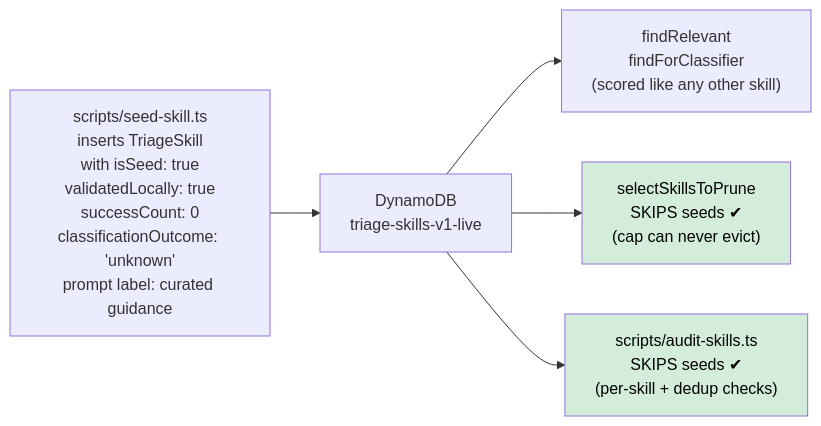
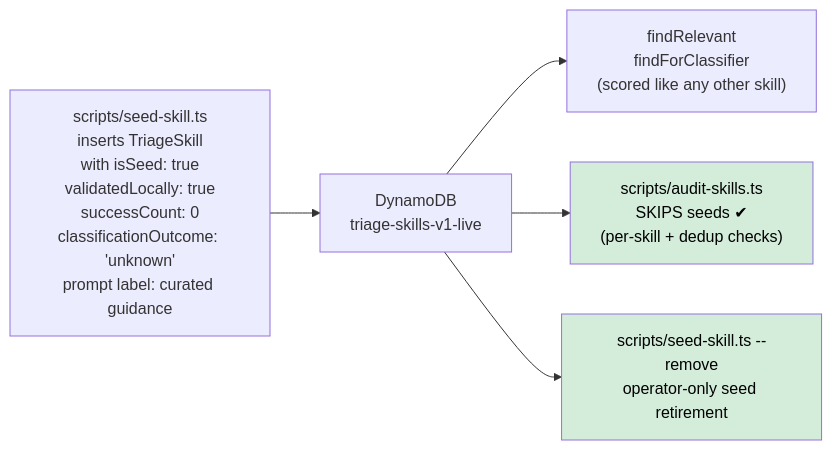
The eighth of 10 diagrams in docs/agent-workflow-flowchart.md (adept-at/adept-triage-agent), drawn with Mermaid before and after one commit. The commit also changed other lines of this file and 14 other files, not shown here.

````diff
--- a/docs/agent-workflow-flowchart.md
+++ b/docs/agent-workflow-flowchart.md
@@ -297,13 +292,13 @@
 ```mermaid
 flowchart LR
     SEED["scripts/seed-skill.ts<br/>inserts TriageSkill<br/>with isSeed: true<br/>validatedLocally: true<br/>successCount: 0<br/>classificationOutcome: 'unknown'<br/>prompt label: curated guidance"]
 
     SEED --> DYNAMO["DynamoDB<br/>triage-skills-v1-live"]
 
     DYNAMO --> RETRIEVAL["findRelevant<br/>findForClassifier<br/>(scored like any other skill)"]
-    DYNAMO --> PRUNE["selectSkillsToPrune<br/>SKIPS seeds ✔<br/>(cap can never evict)"]
     DYNAMO --> AUDIT["scripts/audit-skills.ts<br/>SKIPS seeds ✔<br/>(per-skill + dedup checks)"]
+    DYNAMO --> REMOVAL["scripts/seed-skill.ts --remove<br/>operator-only seed retirement"]
 
-    style PRUNE fill:#d4edda,color:#000
     style AUDIT fill:#d4edda,color:#000
+    style REMOVAL fill:#d4edda,color:#000
 ```
````
